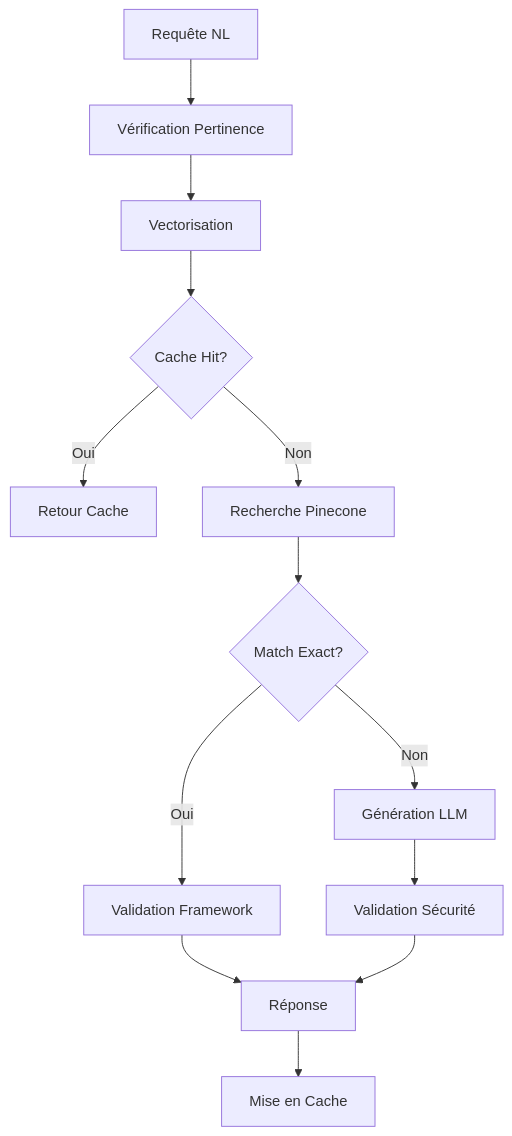
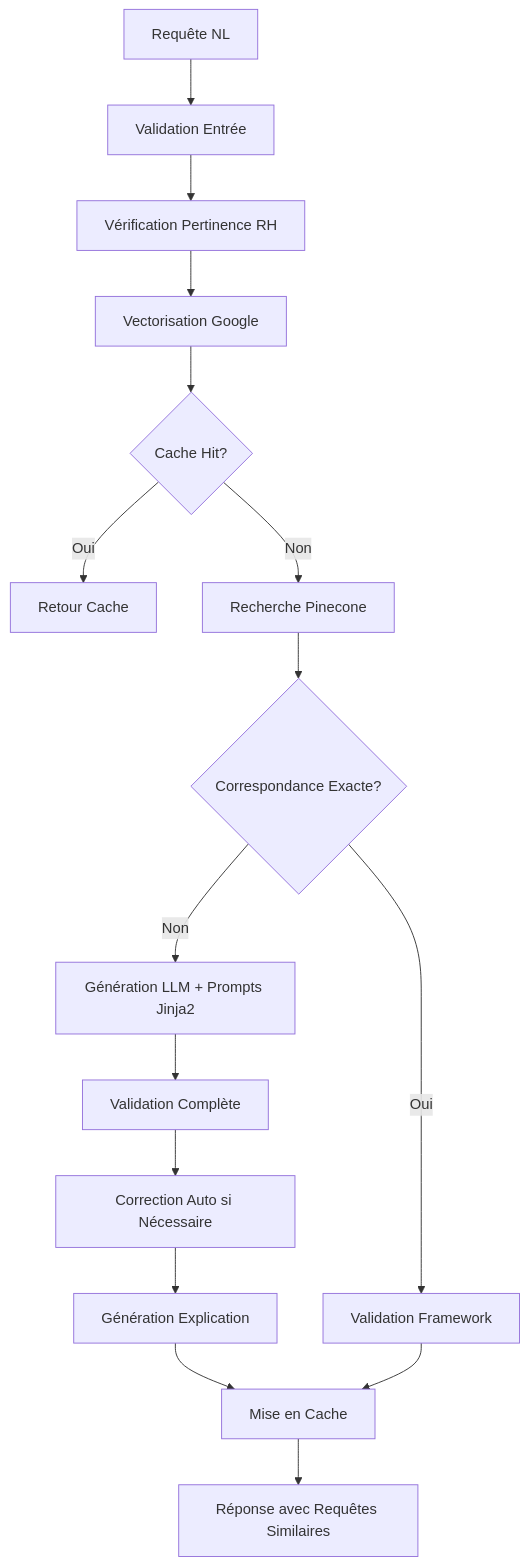
The diagram in README.md (Theosutra/api), drawn with Mermaid before and after one commit. The commit also changed other lines of this file and 5 other files, not shown here.

````diff
--- a/README.md
+++ b/README.md
@@ -36,15 +37,18 @@
 ```mermaid
 graph TB
-    A[Requête NL] --> B[Vérification Pertinence]
-    B --> C[Vectorisation]
-    C --> D{Cache Hit?}
-    D -->|Oui| E[Retour Cache]
-    D -->|Non| F[Recherche Pinecone]
-    F --> G{Match Exact?}
-    G -->|Oui| H[Validation Framework]
-    G -->|Non| I[Génération LLM]
-    I --> J[Validation Sécurité]
-    H --> K[Réponse]
-    J --> K
-    K --> L[Mise en Cache]
+    A[Requête NL] --> B[Validation Entrée]
+    B --> C[Vérification Pertinence RH]
+    C --> D[Vectorisation Google]
+    D --> E{Cache Hit?}
+    E -->|Oui| F[Retour Cache]
+    E -->|Non| G[Recherche Pinecone]
+    G --> H{Correspondance Exacte?}
+    H -->|Oui| I[Validation Framework]
+    H -->|Non| J[Génération LLM + Prompts Jinja2]
+    J --> K[Validation Complète]
+    K --> L[Correction Auto si Nécessaire]
+    L --> M[Génération Explication]
+    M --> N[Mise en Cache]
+    I --> N
+    N --> O[Réponse avec Requêtes Similaires]
 ```
````
